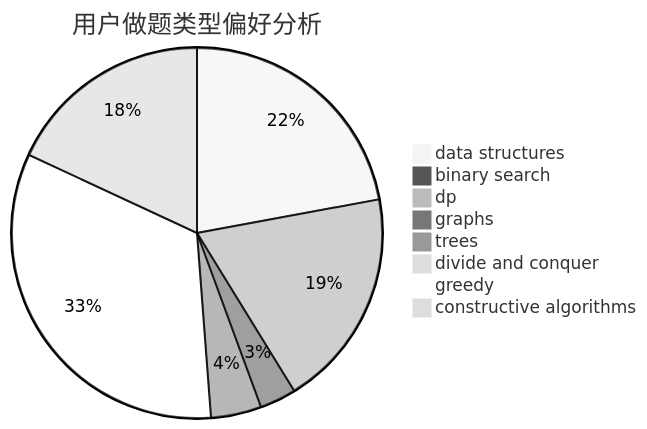
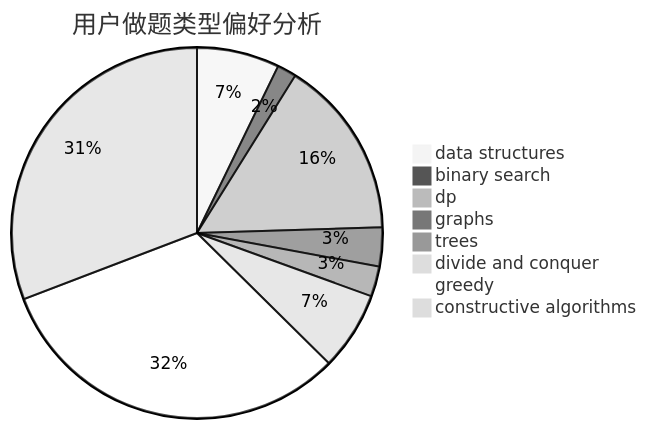
Before and after one commit to sherpahu/cfrs.github.io: the second of 3 diagrams in docs/user/u471.md, drawn with Mermaid (neutral theme). The commit also changed other lines of this file and 2770 other files, not shown here.

````diff
--- a/docs/user/u471.md
+++ b/docs/user/u471.md
@@ -23,11 +23,11 @@
 ```mermaid
 pie title 用户做题类型偏好分析
-    "data structures" :  522
-    "binary search" :  21
-    "dp" :  452
-    "graphs" :  75
-    "trees" :  104
-    "divide and conquer" :  8
-    "greedy" :  783
-    "constructive algorithms" :  427
+    "data structures" :  189
+    "binary search" :  44
+    "dp" :  410
+    "graphs" :  89
+    "trees" :  69
+    "divide and conquer" :  180
+    "greedy" :  834
+    "constructive algorithms" :  808
 ```
````
